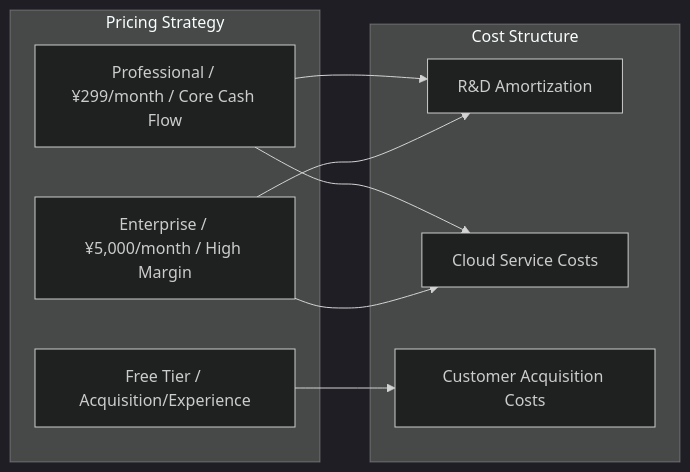
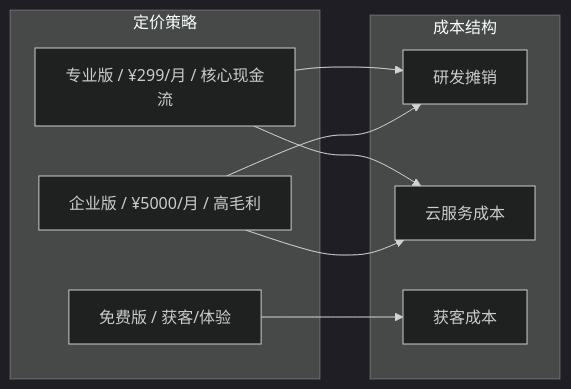
One commit to Kirky-X/cangjie changed the ninth of 11 diagrams in templates/Product/Strategy/Template-Project-Charter.md. Above: the diagram before and after it, drawn with Mermaid (dark theme). The commit also changed other lines of this file and 33 other files, not shown here.

````diff
--- a/templates/Product/Strategy/Template-Project-Charter.md
+++ b/templates/Product/Strategy/Template-Project-Charter.md
@@ -509,18 +509,18 @@
 ```mermaid
 flowchart LR
-    subgraph Pricing Strategy
-        P1[Free Tier / Acquisition/Experience]
-        P2[Professional / ¥299/month / Core Cash Flow]
-        P3[Enterprise / ¥5,000/month / High Margin]
+    subgraph 定价策略
+        P1[免费版 / 获客/体验]
+        P2[专业版 / ¥299/月 / 核心现金流]
+        P3[企业版 / ¥5000/月 / 高毛利]
     end
-    subgraph Cost Structure
-        C1[R&D Amortization]
-        C2[Cloud Service Costs]
-        C3[Customer Acquisition Costs]
+    subgraph 成本结构
+        C1[研发摊销]
+        C2[云服务成本]
+        C3[获客成本]
     end
     P1 --> C3
     P2 --> C1
     P2 --> C2
     P3 --> C1
     P3 --> C2
 ```
````
